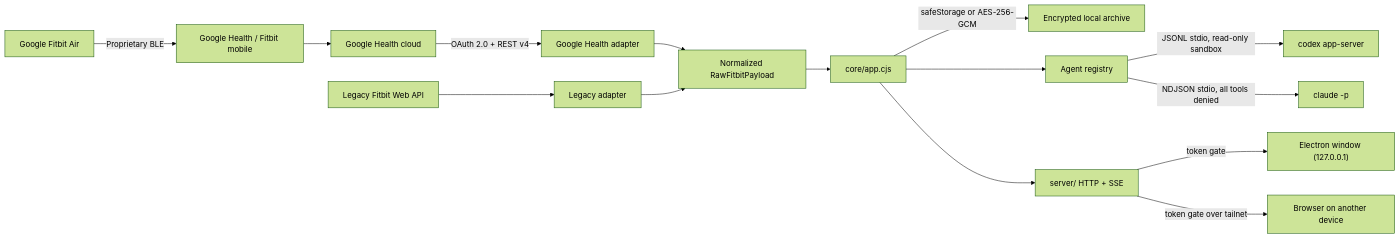
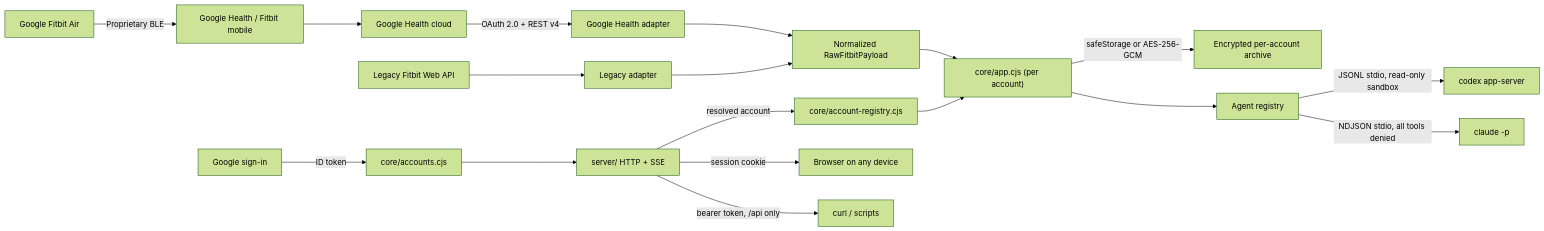
The diagram in docs/ARCHITECTURE.md (i-am-pluto/openfit), drawn with Mermaid (forest theme) before and after one commit. The commit also changed other lines of this file and 11 other files, not shown here.

First line of the commit message:
docs: describe Google sign-in and drop the credential form

````diff
--- a/docs/ARCHITECTURE.md
+++ b/docs/ARCHITECTURE.md
@@ -25,17 +29,20 @@
 ```mermaid
 flowchart LR
     Air["Google Fitbit Air"] -->|Proprietary BLE| Mobile["Google Health / Fitbit mobile"]
     Mobile --> Cloud["Google Health cloud"]
     Cloud -->|OAuth 2.0 + REST v4| GHA["Google Health adapter"]
     Legacy["Legacy Fitbit Web API"] --> FBA["Legacy adapter"]
     GHA --> Contract["Normalized RawFitbitPayload"]
     FBA --> Contract
-    Contract --> Core["core/app.cjs"]
-    Core -->|safeStorage or AES-256-GCM| Cache["Encrypted local archive"]
+    Contract --> Core["core/app.cjs (per account)"]
+    Core -->|safeStorage or AES-256-GCM| Cache["Encrypted per-account archive"]
     Core --> Agents["Agent registry"]
     Agents -->|JSONL stdio, read-only sandbox| Codex["codex app-server"]
     Agents -->|NDJSON stdio, all tools denied| Claude["claude -p"]
-    Core --> Server["server/ HTTP + SSE"]
-    Server -->|token gate| Desktop["Electron window (127.0.0.1)"]
-    Server -->|token gate over tailnet| Phone["Browser on another device"]
+    Registry["core/account-registry.cjs"] --> Core
+    Server["server/ HTTP + SSE"] -->|resolved account| Registry
+    Google["Google sign-in"] -->|ID token| Accounts["core/accounts.cjs"]
+    Accounts --> Server
+    Server -->|session cookie| Phone["Browser on any device"]
+    Server -->|bearer token, /api only| Automation["curl / scripts"]
 ```
````
